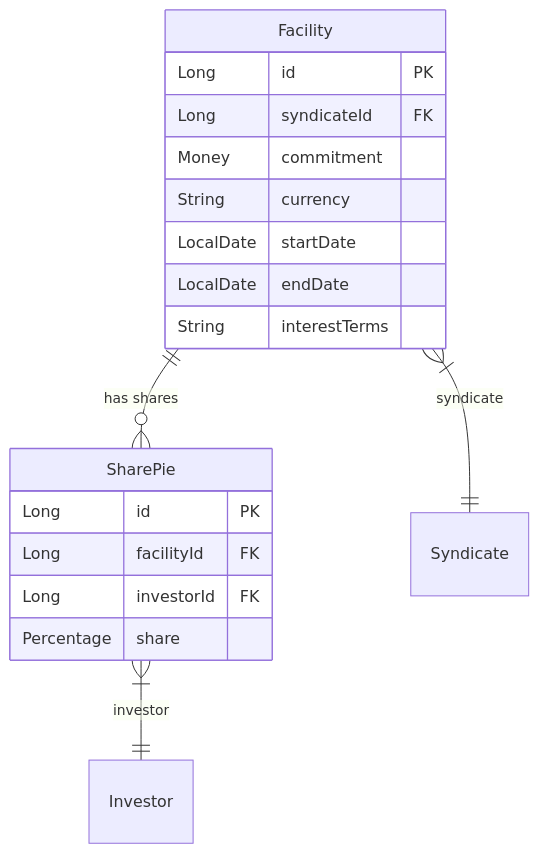
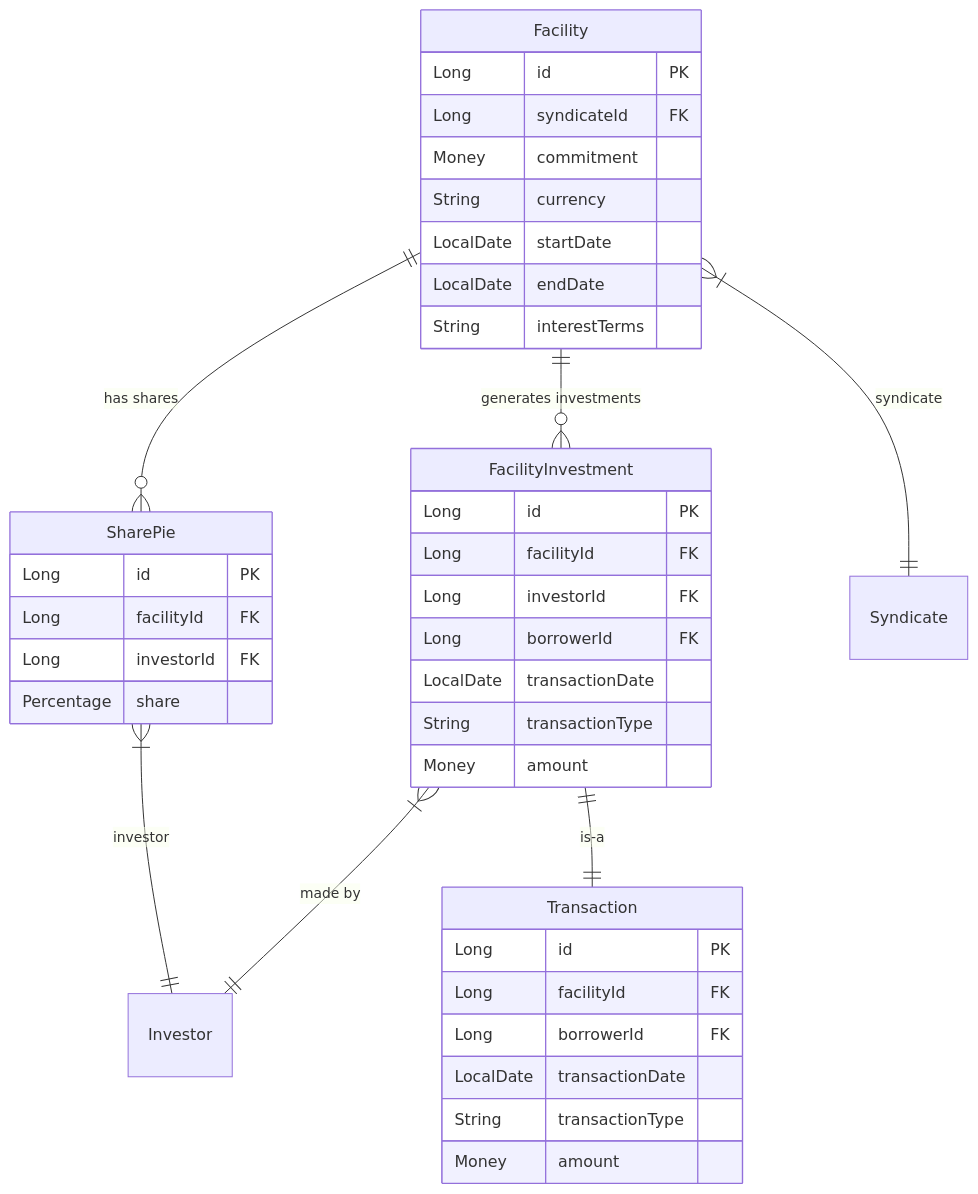
Before and after one commit to tis-abe-akira/ddd-ai: the second of 2 diagrams in docs/create-facility.md, drawn with Mermaid. The commit also changed other lines of this file and 3 other files, not shown here.

````diff
--- a/docs/create-facility.md
+++ b/docs/create-facility.md
@@ -92,21 +103,41 @@
 ```mermaid
 erDiagram
     Facility {
         Long id PK
         Long syndicateId FK
         Money commitment
         String currency
         LocalDate startDate
         LocalDate endDate
         String interestTerms
     }
     SharePie {
         Long id PK
         Long facilityId FK
         Long investorId FK
         Percentage share
     }
+    Transaction {
+        Long id PK
+        Long facilityId FK
+        Long borrowerId FK
+        LocalDate transactionDate
+        String transactionType
+        Money amount
+    }
+    FacilityInvestment {
+        Long id PK
+        Long facilityId FK
+        Long investorId FK
+        Long borrowerId FK
+        LocalDate transactionDate
+        String transactionType
+        Money amount
+    }
     Facility ||--o{ SharePie : "has shares"
+    Facility ||--o{ FacilityInvestment : "generates investments"
     SharePie }|--|| Investor : "investor"
+    FacilityInvestment }|--|| Investor : "made by"
+    FacilityInvestment ||--|| Transaction : "is-a"
     Facility }|--|| Syndicate : "syndicate"
 ```
````
